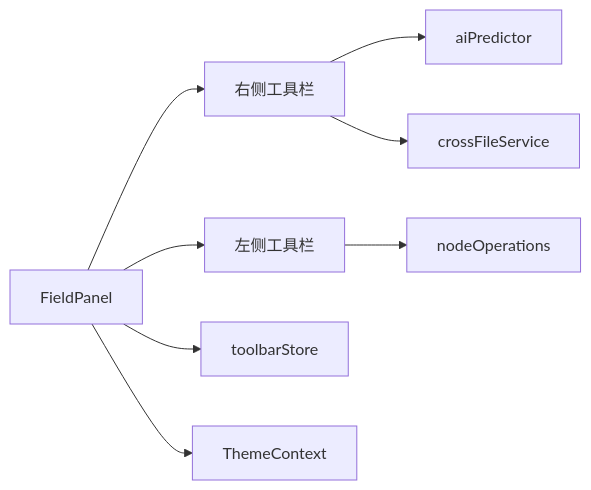
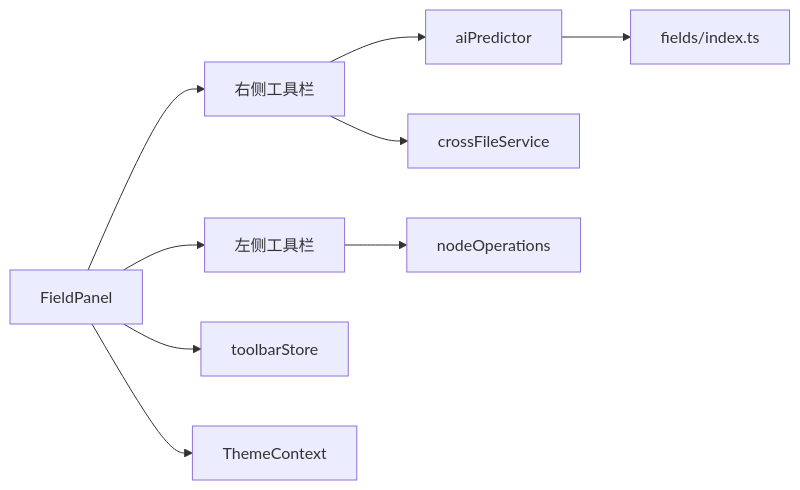
Before and after one commit to kqcoxn/MaaPipelineEditor: the eighth of 8 diagrams in .qoder/repowiki/zh/content/字段配置系统/字段编辑器组件/字段面板工具.md, drawn with Mermaid. The commit also changed other lines of this file and 19 other files, not shown here.

````diff
--- a/.qoder/repowiki/zh/content/字段配置系统/字段编辑器组件/字段面板工具.md
+++ b/.qoder/repowiki/zh/content/字段配置系统/字段编辑器组件/字段面板工具.md
@@ -290,10 +361,11 @@
 ```mermaid
 graph LR
 FP["FieldPanel"] --> RTL["右侧工具栏"]
 FP --> LTL["左侧工具栏"]
 RTL --> AP["aiPredictor"]
 RTL --> CFS["crossFileService"]
 LTL --> NO["nodeOperations"]
 FP --> TS["toolbarStore"]
 FP --> THEME["ThemeContext"]
+AP --> FIELDS["fields/index.ts"]
 ```
````
